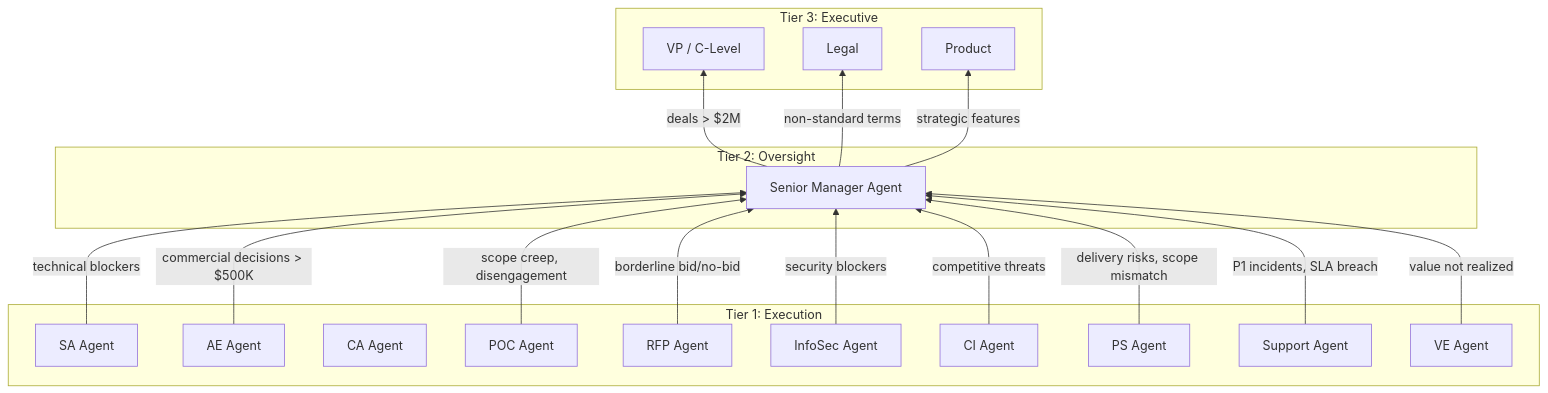
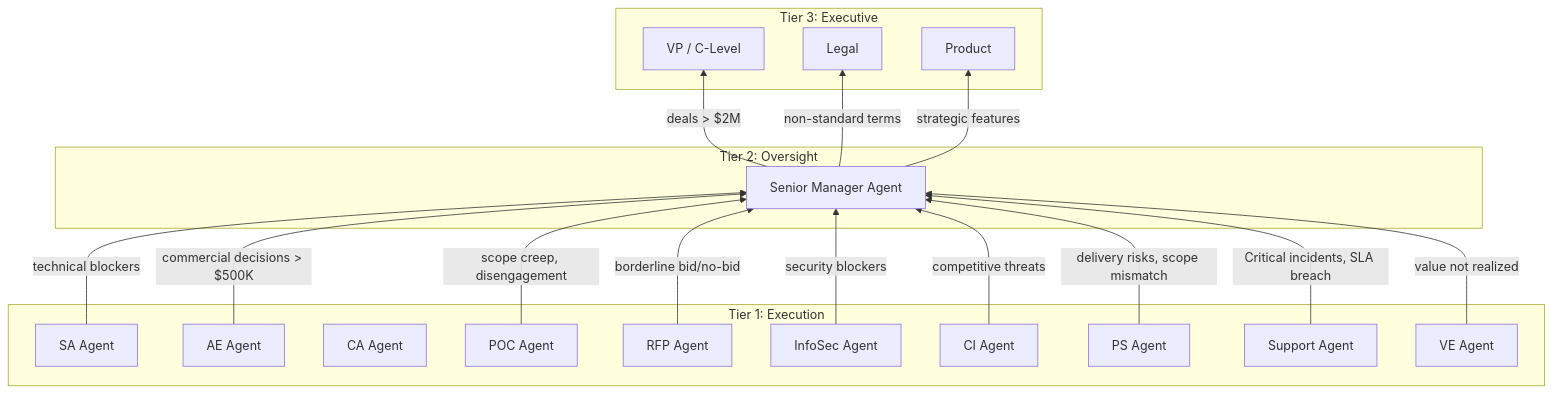
The third of 5 diagrams in docs/architecture/agents/agent-architecture.md (franktatjana/ea-agentic-lab), drawn with Mermaid before and after one commit. The commit also changed 127 other files, not shown here.

````diff
--- a/docs/architecture/agents/agent-architecture.md
+++ b/docs/architecture/agents/agent-architecture.md
@@ -239,39 +239,39 @@
 ```mermaid
 flowchart BT
     subgraph Tier1["Tier 1: Execution"]
         SA[SA Agent]
         AE[AE Agent]
         CA[CA Agent]
         CI[CI Agent]
         POC[POC Agent]
         RFP[RFP Agent]
         IS[InfoSec Agent]
         PS[PS Agent]
         SUP[Support Agent]
         VE[VE Agent]
     end
 
     subgraph Tier2["Tier 2: Oversight"]
         SM[Senior Manager Agent]
     end
 
     subgraph Tier3["Tier 3: Executive"]
         VP[VP / C-Level]
         LG[Legal]
         PD[Product]
     end
 
     SA -->|technical blockers| SM
     AE -->|commercial decisions > $500K| SM
     POC -->|scope creep, disengagement| SM
     RFP -->|borderline bid/no-bid| SM
     IS -->|security blockers| SM
     CI -->|competitive threats| SM
     PS -->|delivery risks, scope mismatch| SM
-    SUP -->|P1 incidents, SLA breach| SM
+    SUP -->|Critical incidents, SLA breach| SM
     VE -->|value not realized| SM
 
     SM -->|deals > $2M| VP
     SM -->|non-standard terms| LG
     SM -->|strategic features| PD
 ```
````
